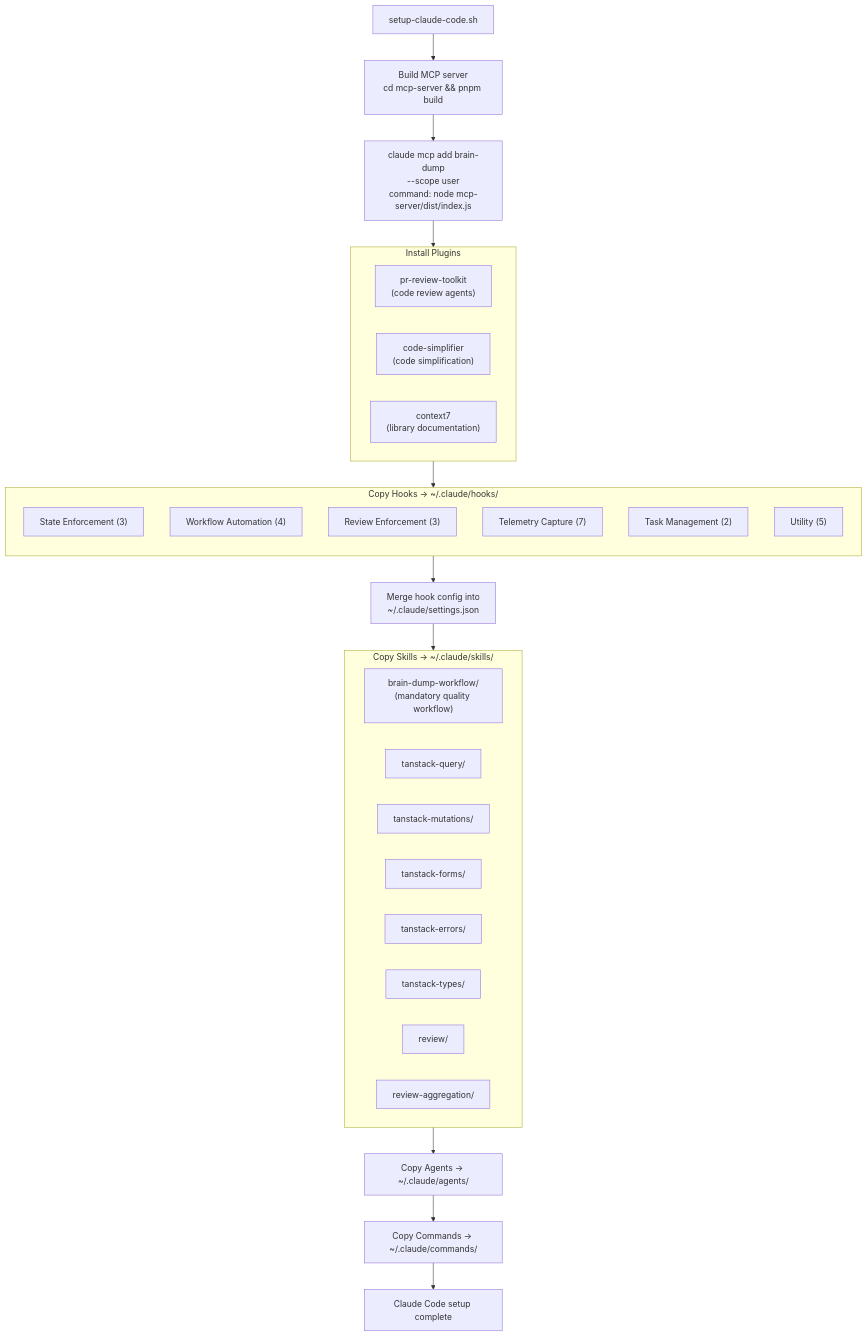
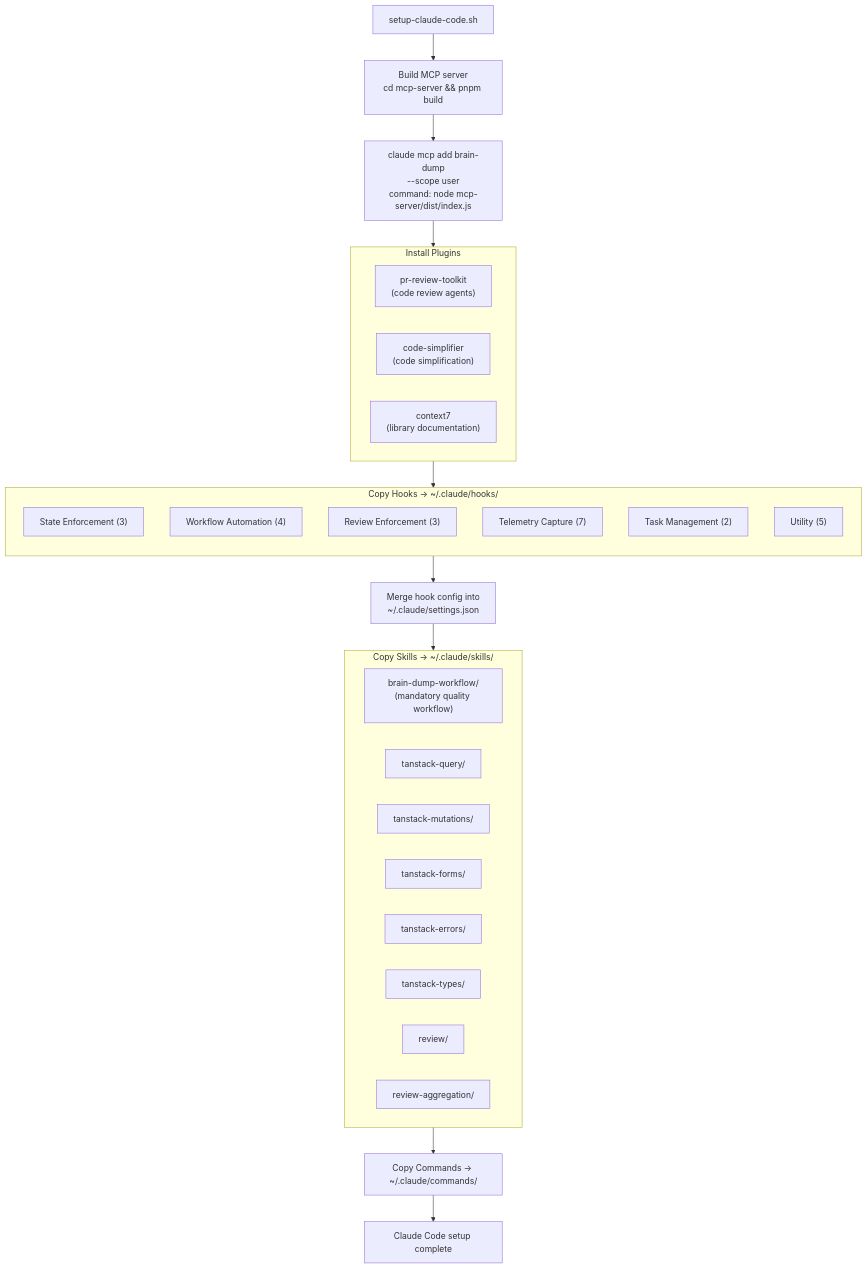
The second of 9 diagrams in docs/installation-architecture.md (salmanrrana/brain-dump), drawn with Mermaid before and after one commit. The commit also changed other lines of this file and 186 other files, not shown here.

````diff
--- a/docs/installation-architecture.md
+++ b/docs/installation-architecture.md
@@ -53,41 +53,40 @@
 ```mermaid
 flowchart TB
     Start["setup-claude-code.sh"] --> BuildMCP["Build MCP server<br/>cd mcp-server && pnpm build"]
     BuildMCP --> RegisterMCP["claude mcp add brain-dump<br/>--scope user<br/>command: node mcp-server/dist/index.js"]
 
     RegisterMCP --> Plugins
     subgraph Plugins ["Install Plugins"]
         P1["pr-review-toolkit<br/>(code review agents)"]
         P2["code-simplifier<br/>(code simplification)"]
         P3["context7<br/>(library documentation)"]
     end
 
     Plugins --> Hooks
     subgraph Hooks ["Copy Hooks → ~/.claude/hooks/"]
         direction TB
         H_State["State Enforcement (3)"]
         H_Workflow["Workflow Automation (4)"]
         H_Review["Review Enforcement (3)"]
         H_Telemetry["Telemetry Capture (7)"]
         H_Tasks["Task Management (2)"]
         H_Utility["Utility (5)"]
     end
 
     Hooks --> HookConfig["Merge hook config into<br/>~/.claude/settings.json"]
 
     HookConfig --> Skills
     subgraph Skills ["Copy Skills → ~/.claude/skills/"]
         S1["brain-dump-workflow/<br/>(mandatory quality workflow)"]
         S2["tanstack-query/"]
         S3["tanstack-mutations/"]
         S4["tanstack-forms/"]
         S5["tanstack-errors/"]
         S6["tanstack-types/"]
         S7["review/"]
         S8["review-aggregation/"]
     end
 
-    Skills --> Agents["Copy Agents → ~/.claude/agents/"]
-    Agents --> Commands["Copy Commands → ~/.claude/commands/"]
+    Skills --> Commands["Copy Commands → ~/.claude/commands/"]
     Commands --> Done["Claude Code setup complete"]
 ```
````
